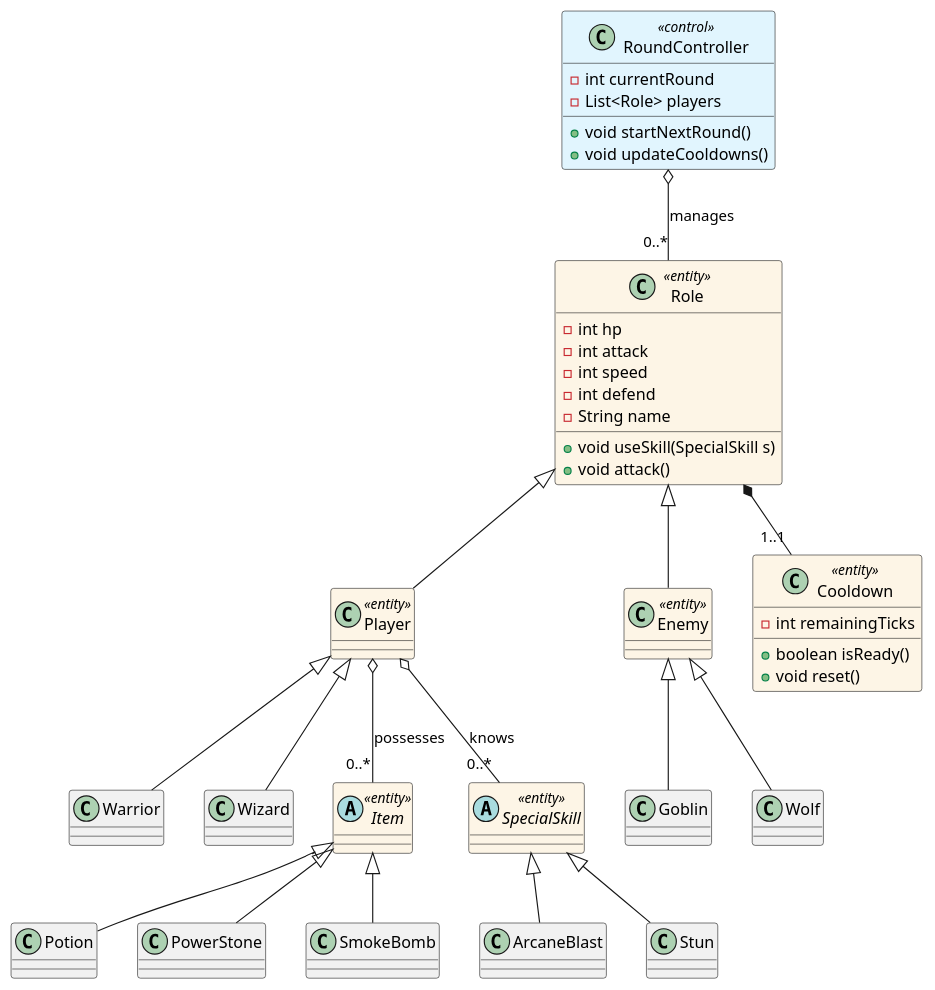
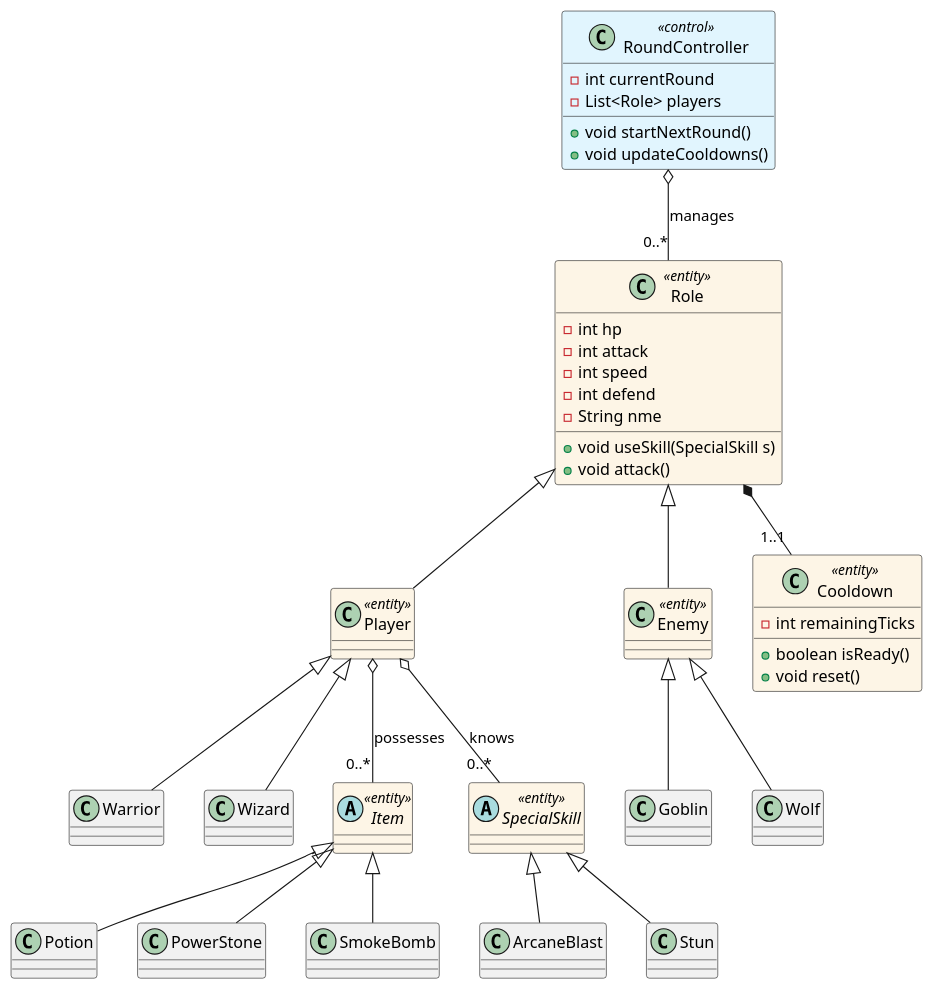
One commit to mcvenchua/sc2002_assignment changed the diagram in start.puml. Above: the diagram before and after it, drawn with PlantUML. The commit also changed 21 other files, not shown here.

```diff
--- a/start.puml
+++ b/start.puml
@@ -1,80 +1,80 @@
 @startuml
 
 ' ==========================================
 ' Stereotype Styling
 ' ==========================================
 skinparam class {
     BackgroundColor<<Entity>> #FDF5E6
     BackgroundColor<<Control>> #E1F5FE
 }
 
 ' ==========================================
 ' 1. Entity Layer
 ' ==========================================
 
 class Role <<entity>> {
     - int hp
     - int attack
     - int speed
     - int defend
-    - String name
+    - String nme
     + void useSkill(SpecialSkill s)
     + void attack()
 }
 
 class Player <<entity>>
 class Enemy <<entity>>
 
 ' Inheritances (Fixed Arrow Direction)
 Role <|-- Player
 Role <|-- Enemy
 
 ' Player Subclasses
 Player <|-- Warrior
 Player <|-- Wizard
 
 ' Enemy Subclasses
 Enemy <|-- Goblin
 Enemy <|-- Wolf
 
 ' Items
 abstract class Item <<entity>>
 Item <|-- Potion
 Item <|-- PowerStone
 Item <|-- SmokeBomb
 
 ' Skills
 abstract class SpecialSkill <<entity>>
 SpecialSkill <|-- ArcaneBlast
 SpecialSkill <|-- Stun
 
 class Cooldown <<entity>> {
     - int remainingTicks
     + boolean isReady()
     + void reset()
 }
 
 ' ==========================================
 ' 2. Control Layer
 ' ==========================================
 
 class RoundController <<control>> {
     - int currentRound
     - List<Role> players
     + void startNextRound()
     + void updateCooldowns()
 }
 
 ' ==========================================
 ' 3. Relationships (Cardinality)
 ' ==========================================
 
 ' Aggregations
 Player o-- "0..*" Item : "possesses"
 Player o-- "0..*" SpecialSkill : "knows"
 RoundController o-- "0..*" Role : "manages"
 
 ' Composition: Every Role has exactly 1 Cooldown
 Role *-- "1..1" Cooldown
 
 @enduml
```
